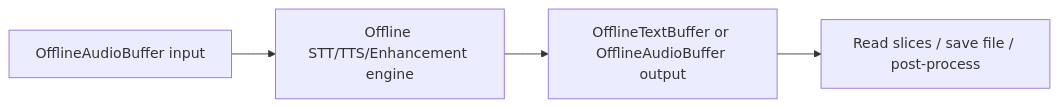
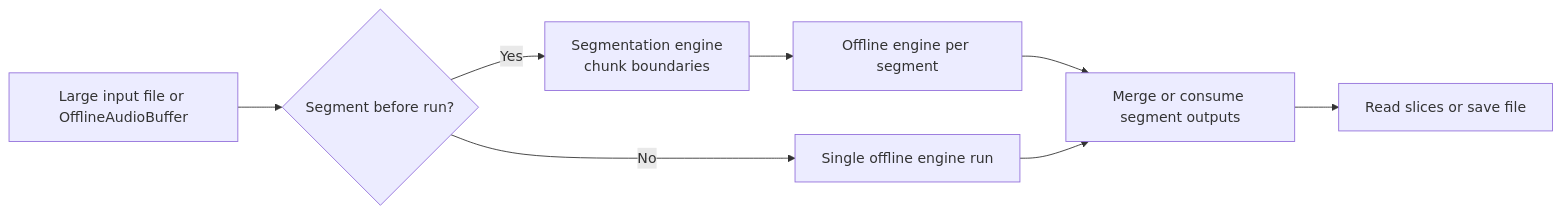
Before and after one commit to XDcobra/react-native-sherpa-onnx: the first of 2 diagrams in README.md, drawn with Mermaid. The commit also changed other lines of this file and 30 other files, not shown here.

````diff
--- a/README.md
+++ b/README.md
@@ -143,6 +156,10 @@
 ```mermaid
 flowchart LR
-  A[OfflineAudioBuffer input] --> B[Offline STT/TTS/Enhancement engine]
-  B --> C[OfflineTextBuffer or OfflineAudioBuffer output]
-  C --> D[Read slices / save file / post-process]
+  A[Large input file or OfflineAudioBuffer] --> B{Segment before run?}
+  B -- Yes --> C[Segmentation engine\nchunk boundaries]
+  C --> D[Offline engine per segment]
+  B -- No --> E[Single offline engine run]
+  D --> F[Merge or consume segment outputs]
+  E --> F
+  F --> G[Read slices or save file]
 ```
````
